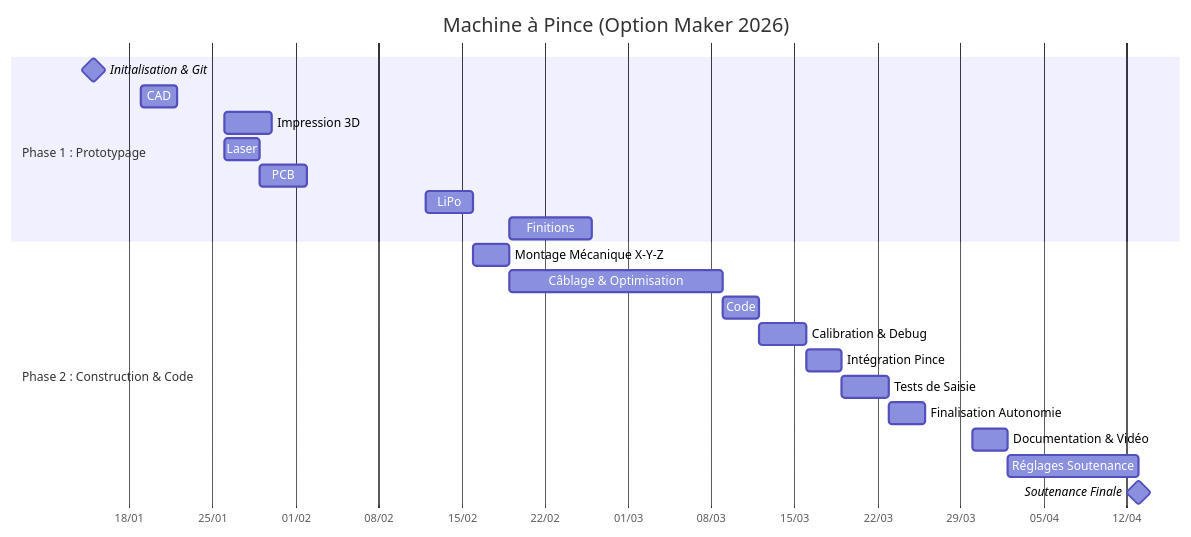
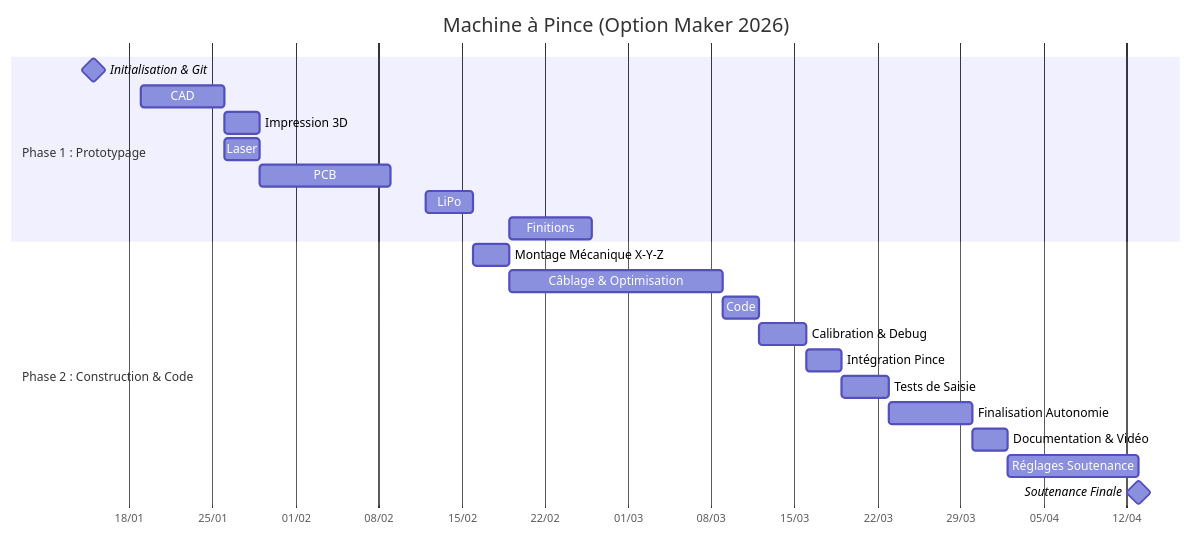
One commit to emiz-jh/2526_Maker_ClawMachine changed the diagram in README.md. Above: the diagram before and after it, drawn with Mermaid. The commit also changed other lines of this file and 5 other files, not shown here.

````diff
--- a/README.md
+++ b/README.md
@@ -45,27 +45,27 @@
 ```mermaid
 gantt
     title Machine à Pince (Option Maker 2026)
     dateFormat  YYYY-MM-DD
     axisFormat  %d/%m
     
     section Phase 1 : Prototypage
     Initialisation & Git      :milestone, m1, 2026-01-15, 0d
-    CAD : Pince & Joystick    :a1, 2026-01-19, 3d
-    Impression 3D : Pince     :a2, 2026-01-26, 4d
+    CAD : Pince & Joystick    :a1, 2026-01-19, 7d
+    Impression 3D : Pince     :a2, 2026-01-26, 3d
     Laser : Châssis & Axes    :a3, 2026-01-26, 3d
-    PCB : Joystick & Bouton   :a4, 2026-01-29, 4d
+    PCB : Joystick & Bouton   :a4, 2026-01-29, 11d
     LiPo : Pack & BMS         :a6, 2026-02-12, 4d
     Finitions                 :a7, 2026-02-19, 7d
     
     section Phase 2 : Construction & Code
     Montage Mécanique X-Y-Z   :b1, 2026-02-16, 3d
     Câblage & Optimisation    :b2, 2026-02-19, 18d
     Code : Mouvements         :b3, 2026-03-09, 3d
     Calibration & Debug       :b4, 2026-03-12, 4d
     Intégration Pince         :b5, 2026-03-16, 3d
     Tests de Saisie           :b6, 2026-03-19, 4d
-    Finalisation Autonomie    :b7, 2026-03-23, 3d
+    Finalisation Autonomie    :b7, 2026-03-23, 7d
     Documentation & Vidéo     :b8, 2026-03-30, 3d
     Réglages Soutenance       :b9, 2026-04-02, 11d
     Soutenance Finale         :milestone, m2, 2026-04-13, 0d
 ``` 
````
